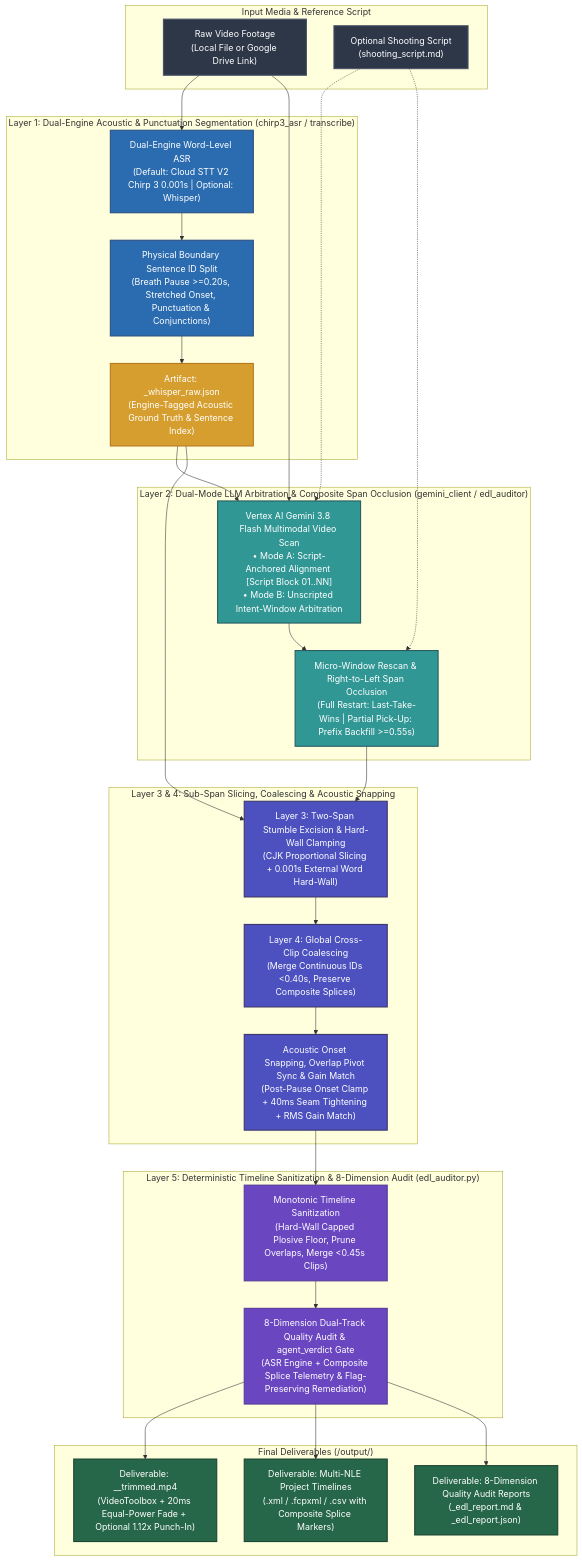
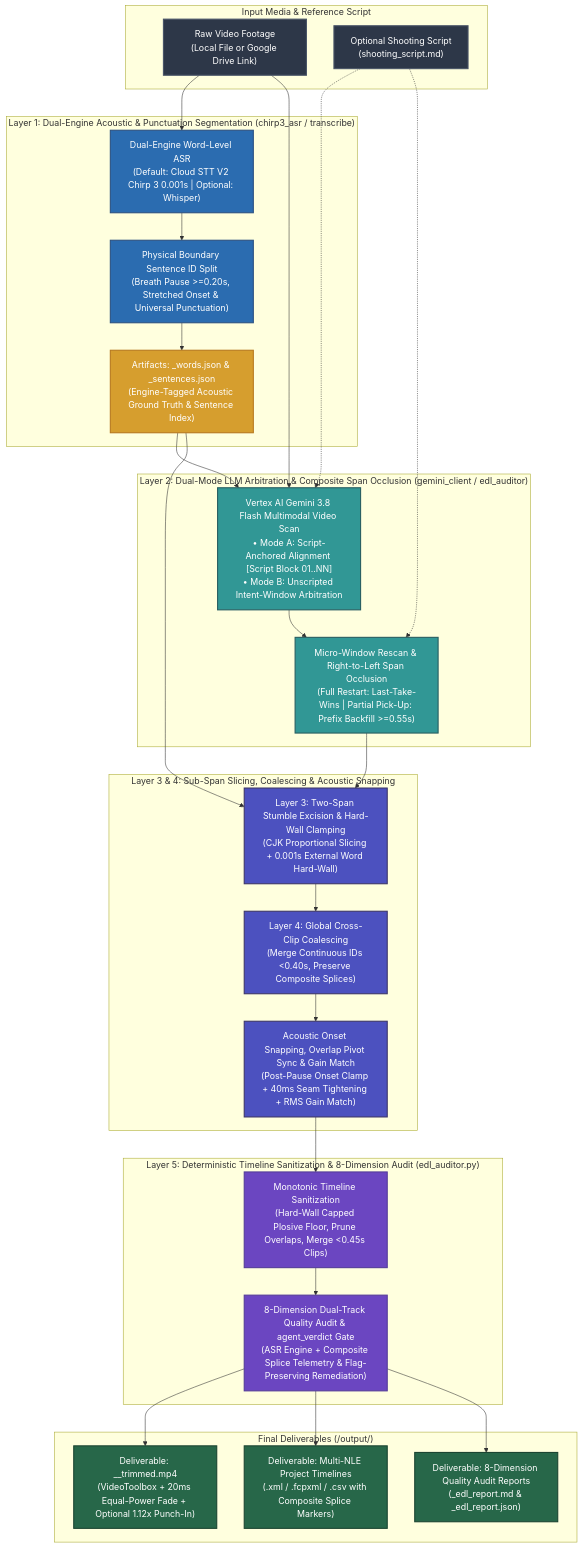
One commit to sylphlin/video-trimmer changed the diagram in README.md. Above: the diagram before and after it, drawn with Mermaid. The commit also changed other lines of this file and 17 other files, not shown here.

First line of the commit message:
feat: enforce first-pass EDL convergence, physical clause splitting, and engine-neutral ASR naming

````diff
--- a/README.md
+++ b/README.md
@@ -20,59 +20,59 @@
 ```mermaid
 flowchart TD
     classDef inputStyle fill:#2D3748,stroke:#4A5568,stroke-width:2px,color:#fff;
     classDef stage1Style fill:#2B6CB0,stroke:#2C5282,stroke-width:2px,color:#fff;
     classDef stage2Style fill:#319795,stroke:#285E61,stroke-width:2px,color:#fff;
     classDef stage3Style fill:#4C51BF,stroke:#3C366B,stroke-width:2px,color:#fff;
     classDef stage4Style fill:#6B46C1,stroke:#553C9A,stroke-width:2px,color:#fff;
     classDef artifactStyle fill:#D69E2E,stroke:#B7791F,stroke-width:2px,color:#fff;
     classDef outputStyle fill:#276749,stroke:#1C4532,stroke-width:2px,color:#fff;
 
     subgraph Inputs["Input Media & Reference Script"]
         IN["Raw Video Footage<br/>(Local File or Google Drive Link)"]:::inputStyle
         SC["Optional Shooting Script<br/>(shooting_script.md)"]:::inputStyle
     end
 
     subgraph L1["Layer 1: Dual-Engine Acoustic & Punctuation Segmentation (chirp3_asr / transcribe)"]
         W_ASR["Dual-Engine Word-Level ASR<br/>(Default: Cloud STT V2 Chirp 3 0.001s | Optional: Whisper)"]:::stage1Style
-        S_SEG["Physical Boundary Sentence ID Split<br/>(Breath Pause >=0.20s, Stretched Onset, Punctuation & Conjunctions)"]:::stage1Style
-        W_JSON["Artifact: <basename>_whisper_raw.json<br/>(Engine-Tagged Acoustic Ground Truth & Sentence Index)"]:::artifactStyle
+        S_SEG["Physical Boundary Sentence ID Split<br/>(Breath Pause >=0.20s, Stretched Onset & Universal Punctuation)"]:::stage1Style
+        W_JSON["Artifacts: <basename>_words.json & _sentences.json<br/>(Engine-Tagged Acoustic Ground Truth & Sentence Index)"]:::artifactStyle
         W_ASR --> S_SEG --> W_JSON
     end
 
     subgraph L2["Layer 2: Dual-Mode LLM Arbitration & Composite Span Occlusion (gemini_client / edl_auditor)"]
         MODE["Vertex AI Gemini 3.8 Flash Multimodal Video Scan<br/>• Mode A: Script-Anchored Alignment [Script Block 01..NN]<br/>• Mode B: Unscripted Intent-Window Arbitration"]:::stage2Style
         REPAIR["Micro-Window Rescan & Right-to-Left Span Occlusion<br/>(Full Restart: Last-Take-Wins | Partial Pick-Up: Prefix Backfill >=0.55s)"]:::stage2Style
         MODE --> REPAIR
     end
 
     subgraph L3_L4["Layer 3 & 4: Sub-Span Slicing, Coalescing & Acoustic Snapping"]
         L3["Layer 3: Two-Span Stumble Excision & Hard-Wall Clamping<br/>(CJK Proportional Slicing + 0.001s External Word Hard-Wall)"]:::stage3Style
         L4["Layer 4: Global Cross-Clip Coalescing<br/>(Merge Continuous IDs <0.40s, Preserve Composite Splices)"]:::stage3Style
         AC["Acoustic Onset Snapping, Overlap Pivot Sync & Gain Match<br/>(Post-Pause Onset Clamp + 40ms Seam Tightening + RMS Gain Match)"]:::stage3Style
         L3 --> L4 --> AC
     end
 
     subgraph L5["Layer 5: Deterministic Timeline Sanitization & 8-Dimension Audit (edl_auditor.py)"]
         SAN["Monotonic Timeline Sanitization<br/>(Hard-Wall Capped Plosive Floor, Prune Overlaps, Merge <0.45s Clips)"]:::stage4Style
         AUD["8-Dimension Dual-Track Quality Audit & agent_verdict Gate<br/>(ASR Engine + Composite Splice Telemetry & Flag-Preserving Remediation)"]:::stage4Style
         SAN --> AUD
     end
 
     subgraph Deliverables["Final Deliverables (<input_dir>/output/)"]
         OUT_MP4["Deliverable: <basename>_<tag>_trimmed.mp4<br/>(VideoToolbox + 20ms Equal-Power Fade + Optional 1.12x Punch-In)"]:::outputStyle
         OUT_NLE["Deliverable: Multi-NLE Project Timelines<br/>(.xml / .fcpxml / .csv with Composite Splice Markers)"]:::outputStyle
         OUT_REP["Deliverable: 8-Dimension Quality Audit Reports<br/>(_edl_report.md & _edl_report.json)"]:::outputStyle
     end
 
     IN --> W_ASR
     IN --> MODE
     SC -.-> MODE
     W_JSON --> MODE
     SC -.-> REPAIR
     REPAIR --> L3
     W_JSON --> L3
     AC --> SAN
     AUD --> OUT_MP4
     AUD --> OUT_NLE
     AUD --> OUT_REP
 ```
````
